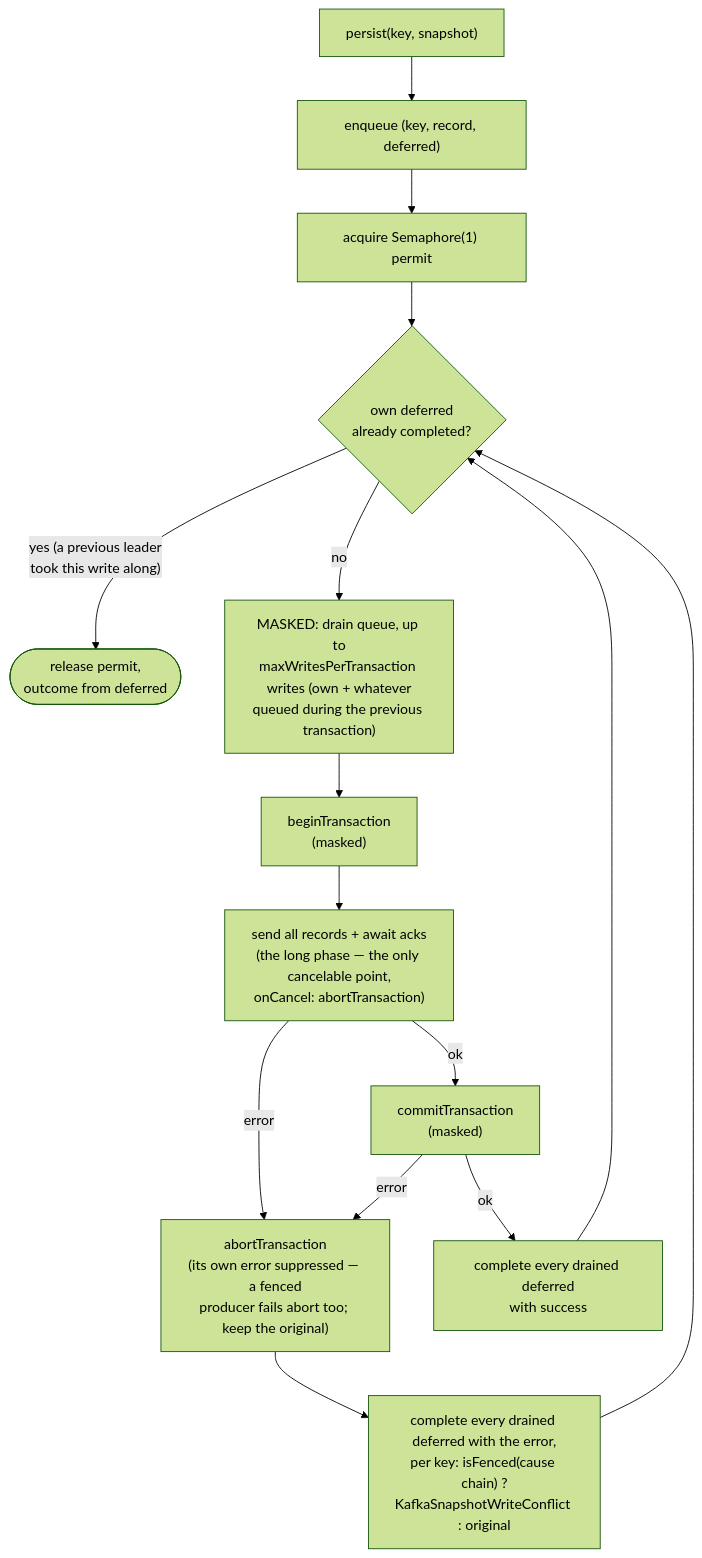
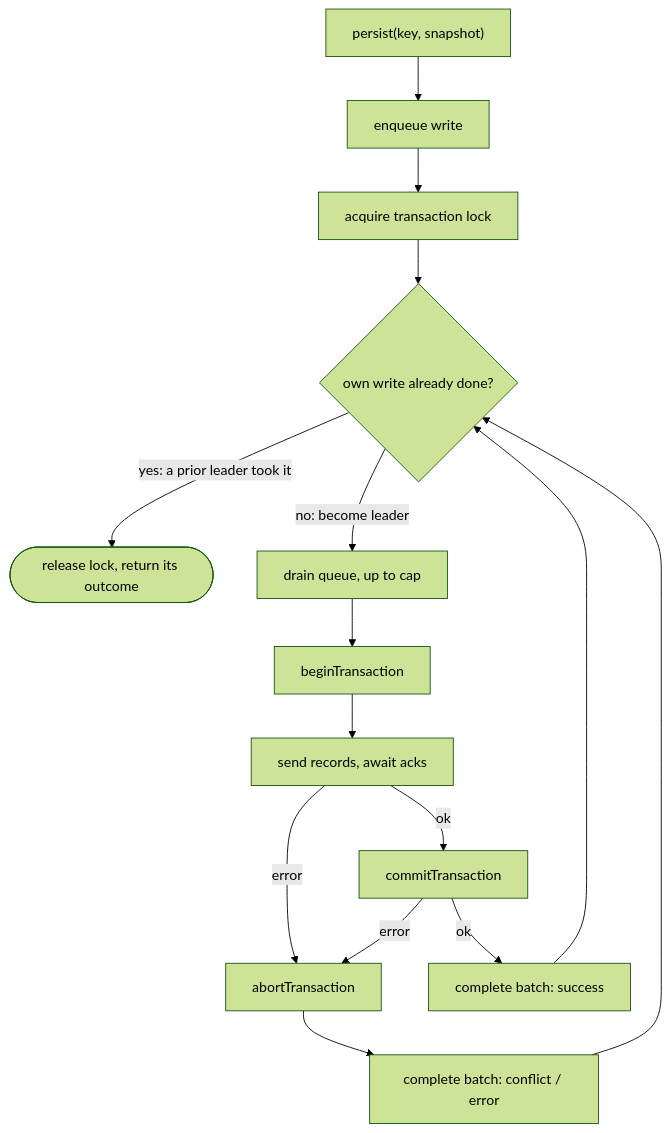
The third of 3 diagrams in docs/kafka-single-writer-design.md (evolution-gaming/kafka-flow), drawn with Mermaid (forest theme) before and after one commit. The commit also changed other lines of this file and 8 other files, not shown here.

````diff
--- a/docs/kafka-single-writer-design.md
+++ b/docs/kafka-single-writer-design.md
@@ -100,17 +118,17 @@
 ```mermaid
 flowchart TD
-    A["persist(key, snapshot)"] --> B["enqueue (key, record, deferred)"]
-    B --> C["acquire Semaphore(1) permit"]
-    C --> D{"own deferred<br/>already completed?"}
-    D -- "yes (a previous leader<br/>took this write along)" --> R(["release permit,<br/>outcome from deferred"])
-    D -- no --> E["MASKED: drain queue, up to<br/>maxWritesPerTransaction writes (own + whatever<br/>queued during the previous transaction)"]
-    E --> F["beginTransaction<br/>(masked)"]
-    F --> G["send all records + await acks<br/>(the long phase — the only cancelable point,<br/>onCancel: abortTransaction)"]
-    G -- ok --> H["commitTransaction<br/>(masked)"]
-    G -- error --> I["abortTransaction<br/>(its own error suppressed — a fenced<br/>producer fails abort too; keep the original)"]
-    H -- error --> I
-    H -- ok --> J["complete every drained deferred<br/>with success"]
-    I --> K["complete every drained deferred with the error,<br/>per key: isFenced(cause chain) ?<br/>KafkaSnapshotWriteConflict : original"]
+    A["persist(key, snapshot)"] --> B["enqueue write"]
+    B --> C["acquire transaction lock"]
+    C --> D{"own write already done?"}
+    D -- "yes: a prior leader took it" --> Z(["release lock, return its outcome"])
+    D -- "no: become leader" --> E["drain queue, up to cap"]
+    E --> F["beginTransaction"]
+    F --> G["send records, await acks"]
+    G -- "ok" --> H["commitTransaction"]
+    G -- "error" --> I["abortTransaction"]
+    H -- "error" --> I
+    H -- "ok" --> J["complete batch: success"]
+    I --> K["complete batch: conflict / error"]
     J --> D
     K --> D
 ```
````
